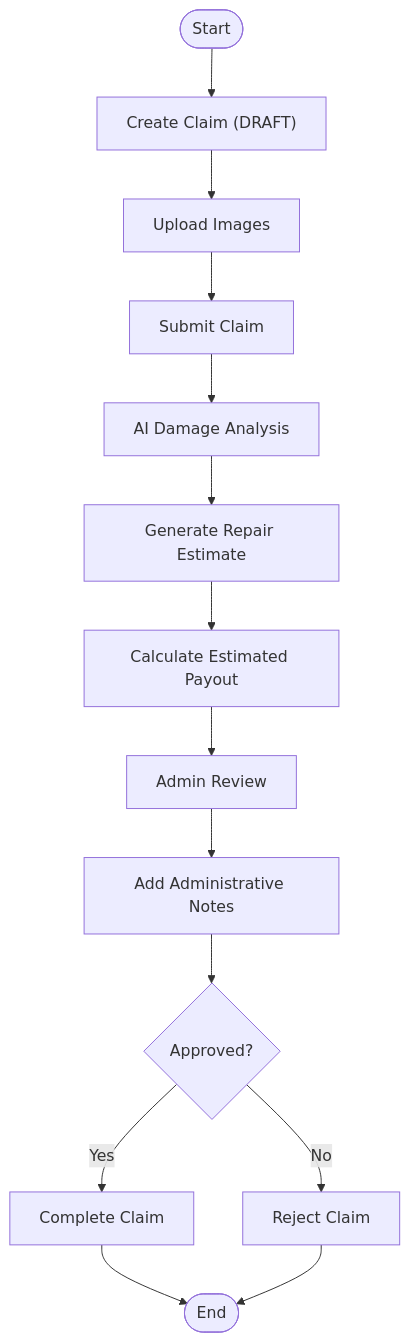
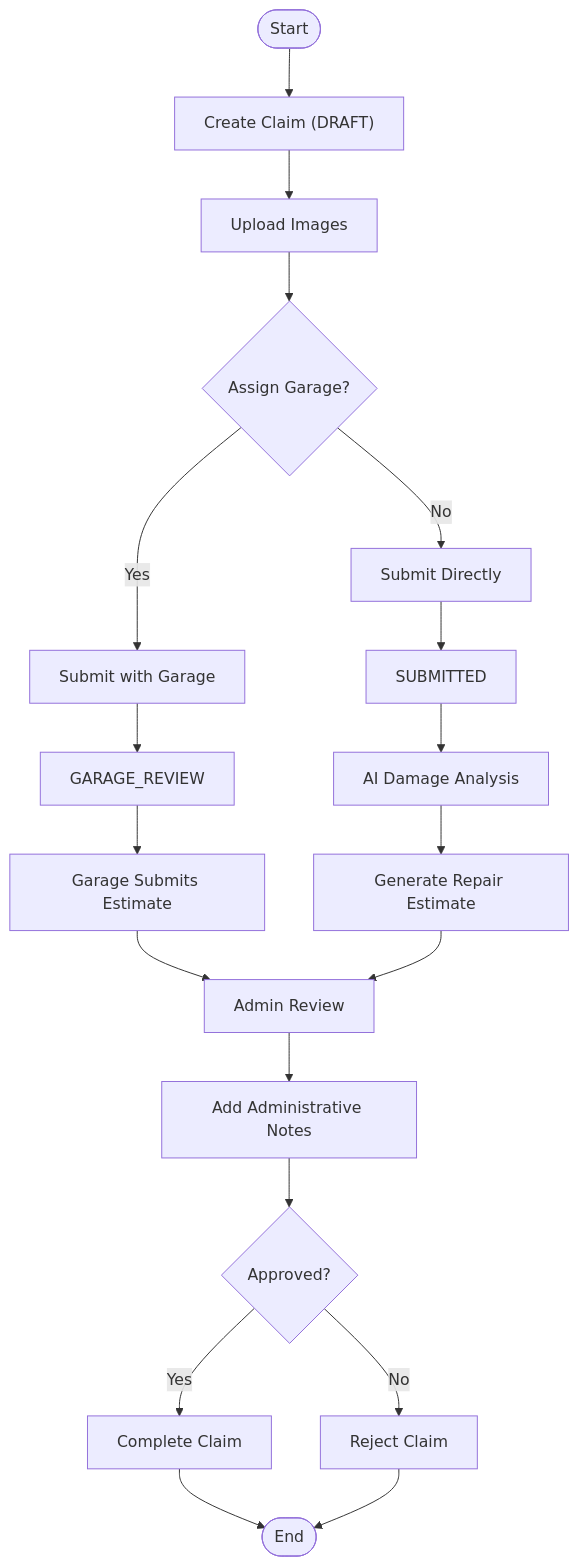
The sixth of 8 diagrams in .qoder/repowiki/en/content/Backend Documentation/API Endpoints Reference/Claims Processing Endpoints.md (NaveenHiranya/Smart-Vehicle-Insurance-Claim-System), drawn with Mermaid before and after one commit. The commit also changed other lines of this file and 33 other files, not shown here.

````diff
--- a/.qoder/repowiki/en/content/Backend Documentation/API Endpoints Reference/Claims Processing Endpoints.md
+++ b/.qoder/repowiki/en/content/Backend Documentation/API Endpoints Reference/Claims Processing Endpoints.md
@@ -502,16 +521,21 @@
 ```mermaid
 flowchart TD
 Start(["Start"]) --> Create["Create Claim (DRAFT)"]
 Create --> UploadImages["Upload Images"]
-UploadImages --> Submit["Submit Claim"]
-Submit --> Analyze["AI Damage Analysis"]
+UploadImages --> AssignGarage{"Assign Garage?"}
+AssignGarage --> |Yes| SubmitWithGarage["Submit with Garage"]
+AssignGarage --> |No| SubmitDirect["Submit Directly"]
+SubmitWithGarage --> GarageReview["GARAGE_REVIEW"]
+SubmitDirect --> Submitted["SUBMITTED"]
+Submitted --> Analyze["AI Damage Analysis"]
+GarageReview --> GarageEstimate["Garage Submits Estimate"]
 Analyze --> Estimate["Generate Repair Estimate"]
-Estimate --> Payout["Calculate Estimated Payout"]
-Payout --> Review["Admin Review"]
-Review --> AddNotes["Add Administrative Notes"]
+GarageEstimate --> AdminReview["Admin Review"]
+Estimate --> AdminReview
+AdminReview --> AddNotes["Add Administrative Notes"]
 AddNotes --> Approve{"Approved?"}
 Approve --> |Yes| Complete["Complete Claim"]
 Approve --> |No| Reject["Reject Claim"]
 Complete --> End(["End"])
 Reject --> End
 ```
````
